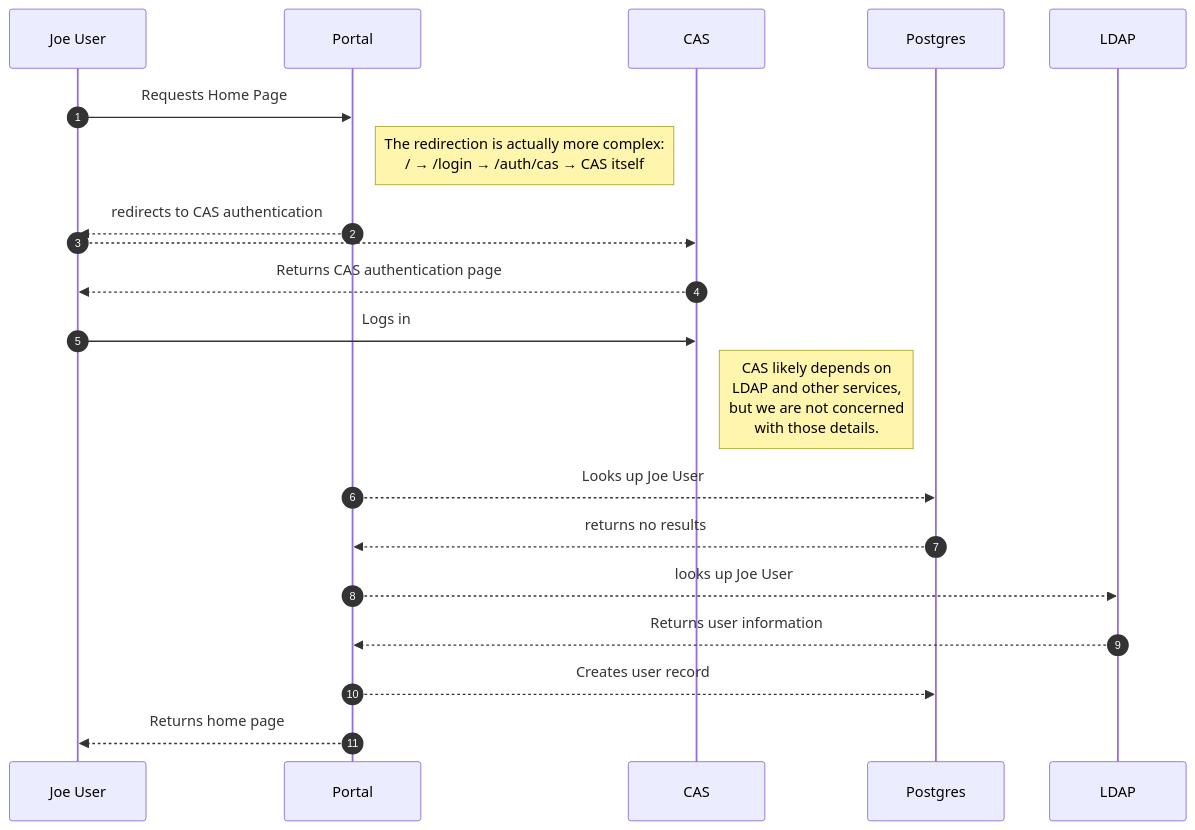
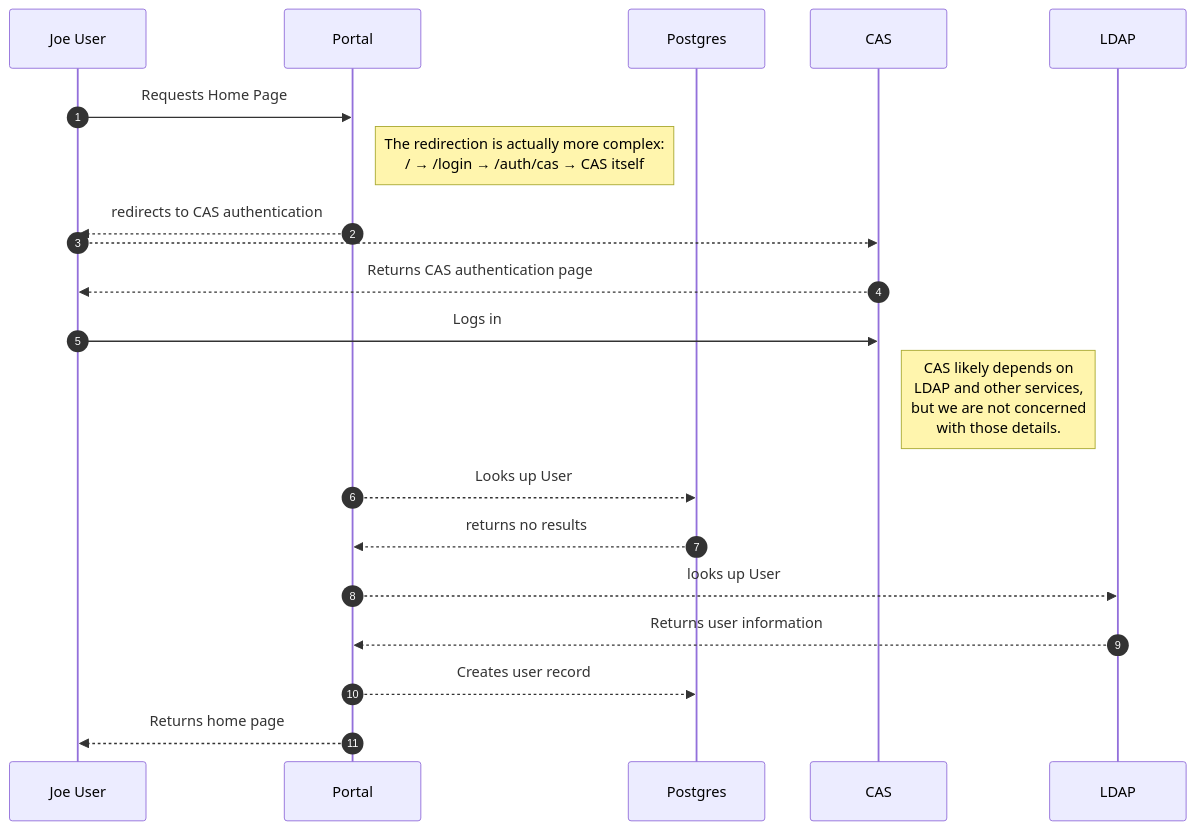
The first of 3 diagrams in README.md (brandondrew/mermaid_experiments), drawn with Mermaid before and after one commit.

Commit message:
📛 use explicit participants & aliases
and explicit ordering of participants

````diff
--- a/README.md
+++ b/README.md
@@ -11,21 +11,27 @@
 ```mermaid
 sequenceDiagram
     autonumber
-    Joe User ->> Portal: Requests Home Page
+    participant User as Joe User
+    participant Portal
+    participant DB as Postgres
+    participant CAS
+    participant LDAP
+
+    User ->> Portal: Requests Home Page
     Note right of Portal: The redirection is actually more complex:<br/> / → /login → /auth/cas → CAS itself
-    Portal -->> Joe User: redirects to CAS authentication
-    Joe User -->> CAS: 
-    CAS -->> Joe User: Returns CAS authentication page
-    Joe User ->> CAS: Logs in
+    Portal -->> User: redirects to CAS authentication
+    User -->> CAS: 
+    CAS -->> User: Returns CAS authentication page
+    User ->> CAS: Logs in
 
     Note right of CAS: CAS likely depends on<br/> LDAP and other services,<br/> but we are not concerned<br/> with those details.
     %% CAS -->> LDAP: looks up user
     %% LDAP -->> CAS: returns user information
     
-    Portal -->> Postgres: Looks up Joe User
-    Postgres -->> Portal: returns no results
-    Portal -->> LDAP: looks up Joe User
+    Portal -->> DB: Looks up User
+    DB -->> Portal: returns no results
+    Portal -->> LDAP: looks up User
     LDAP -->> Portal: Returns user information
-    Portal -->> Postgres: Creates user record
-    Portal -->> Joe User: Returns home page
+    Portal -->> DB: Creates user record
+    Portal -->> User: Returns home page
 ```
````
